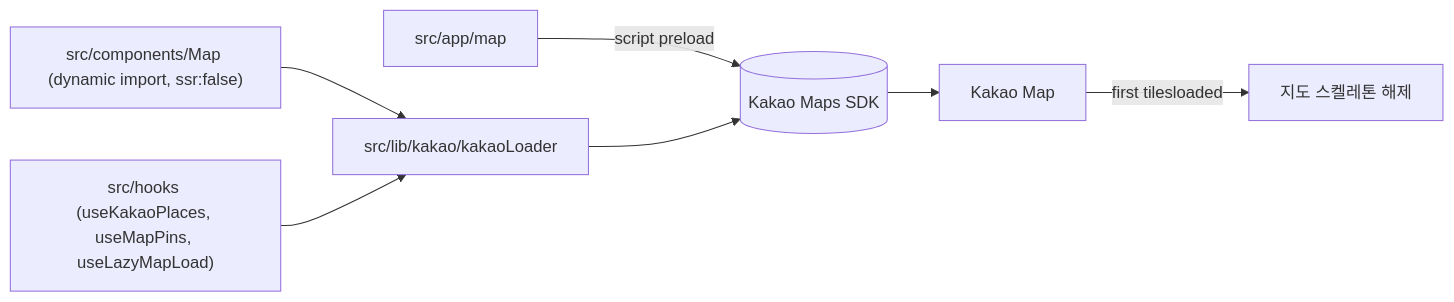
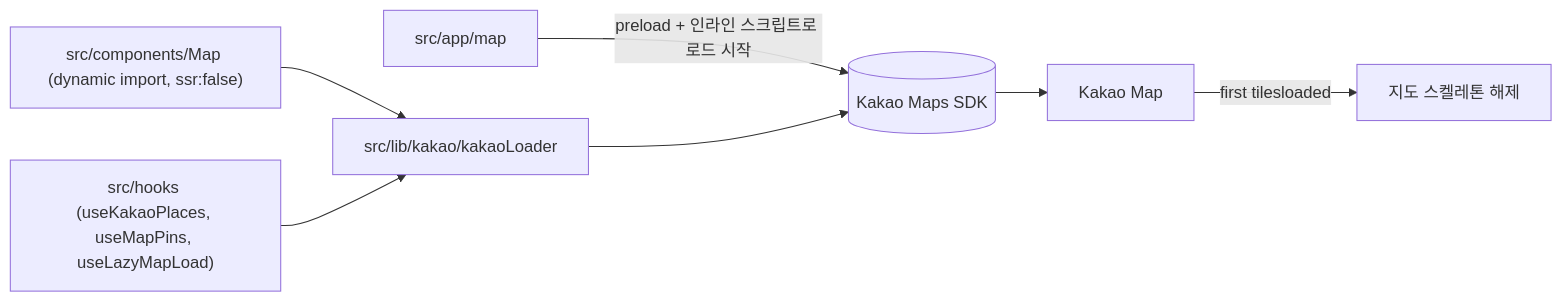
One commit to peakda/peakda-front changed the third of 3 diagrams in ARCHITECTURE.md. Above: the diagram before and after it, drawn with Mermaid. The commit also changed other lines of this file and 5 other files, not shown here.

First line of the commit message:
[perf] /map HTML 에서 카카오 SDK 로드를 바로 시작

````diff
--- a/ARCHITECTURE.md
+++ b/ARCHITECTURE.md
@@ -57,8 +57,8 @@
 ```mermaid
 flowchart LR
-  MapPage["src/app/map"] -->|"script preload"| SDK[("Kakao Maps SDK")]
+  MapPage["src/app/map"] -->|"preload + 인라인 스크립트로 로드 시작"| SDK[("Kakao Maps SDK")]
   MapUI["src/components/Map (dynamic import, ssr:false)"] --> Loader["src/lib/kakao/kakaoLoader"] --> SDK
   Hooks["src/hooks (useKakaoPlaces, useMapPins, useLazyMapLoad)"] --> Loader
   SDK --> Map["Kakao Map"]
   Map -->|"first tilesloaded"| LoadingUI["지도 스켈레톤 해제"]
 ```
````
